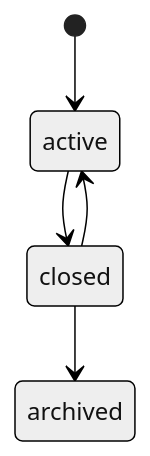
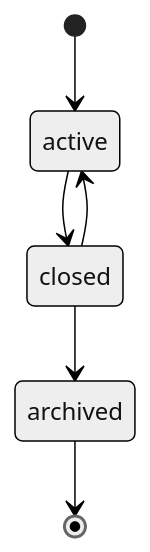
One commit to alexeorg97-byte/system-analyst-portfolio changed the tenth of 12 diagrams in migrationos/04_data-model/status-models.md. Above: the diagram before and after it, drawn with Mermaid (neutral theme). The commit also changed other lines of this file, not shown here.

````diff
--- a/migrationos/04_data-model/status-models.md
+++ b/migrationos/04_data-model/status-models.md
@@ -520,7 +537,8 @@
 ```mermaid
 stateDiagram-v2
     [*] --> active
     active --> closed
     closed --> active
     closed --> archived
+    archived --> [*]
 ```
````
